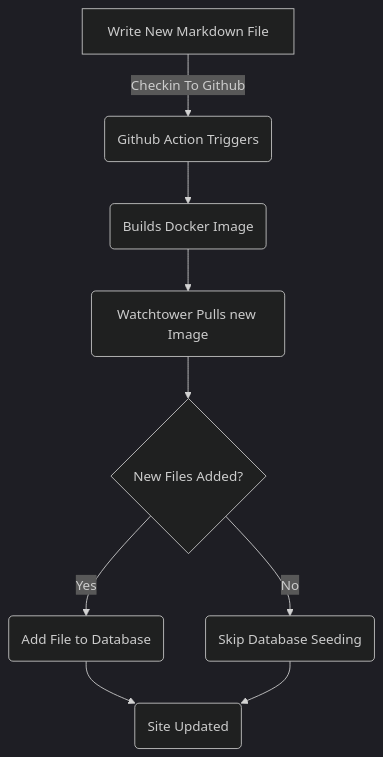
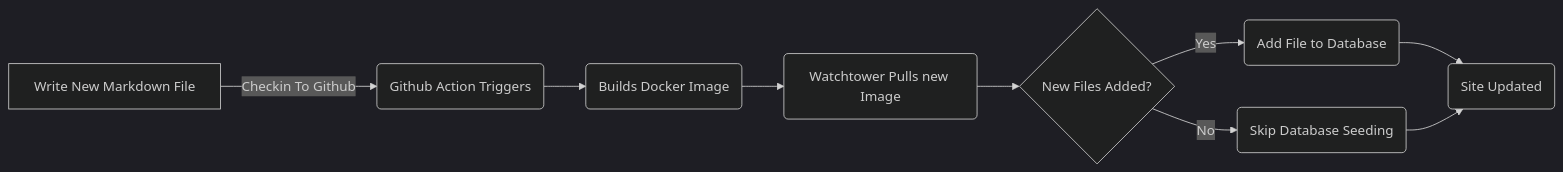
Before and after one commit to scottgal/mostlylucidweb: the diagram in Mostlylucid/Markdown/addingentityframeworkforblogpostspart6.md, drawn with Mermaid (dark theme).

Commit message:
Change flowchart to be l-r

````diff
--- a/Mostlylucid/Markdown/addingentityframeworkforblogpostspart6.md
+++ b/Mostlylucid/Markdown/addingentityframeworkforblogpostspart6.md
@@ -22,12 +22,12 @@
 ```mermaid 
-   flowchart TD
+   flowchart LR
     A[Write New Markdown File] -->|Checkin To Github| B(Github Action Triggers)
     B --> C(Builds Docker Image)
     C --> D(Watchtower Pulls new Image)
     D --> E{New Files Added?}
     E -->|Yes| F(Add File to Database)
     E -->|No| G(Skip Database Seeding)
     F --> H(Site Updated)
     G --> H(Site Updated)
 
 ```
````
